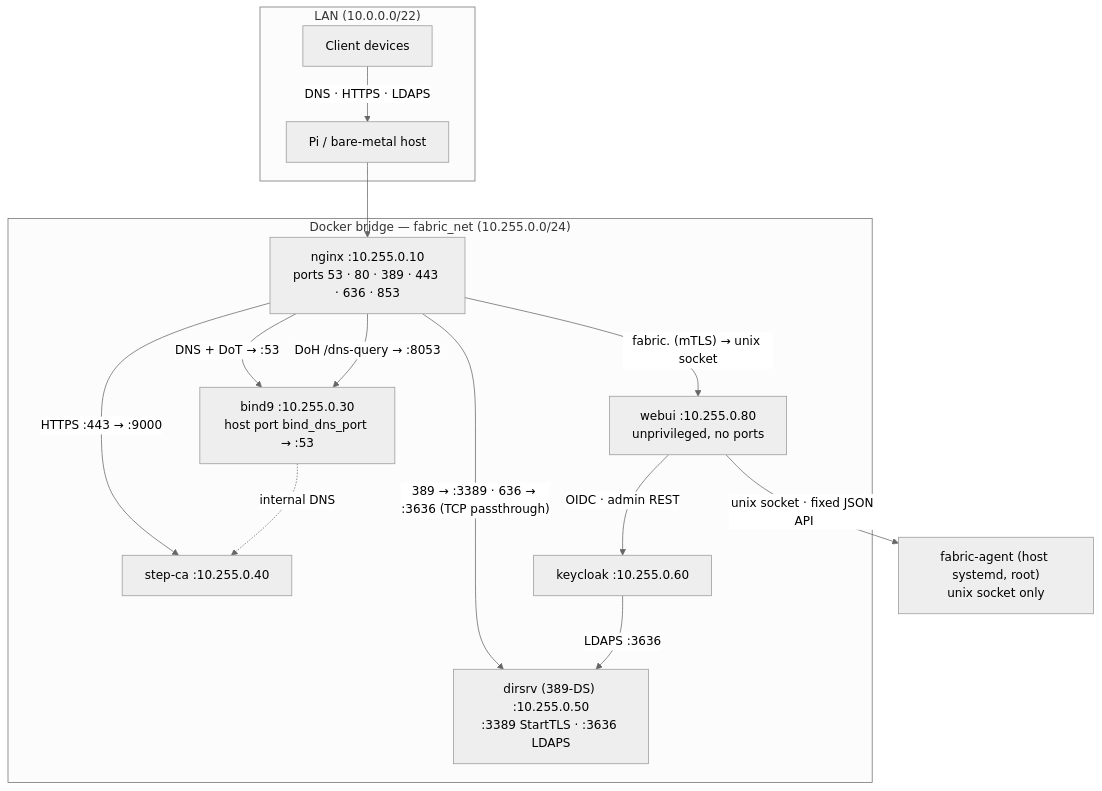
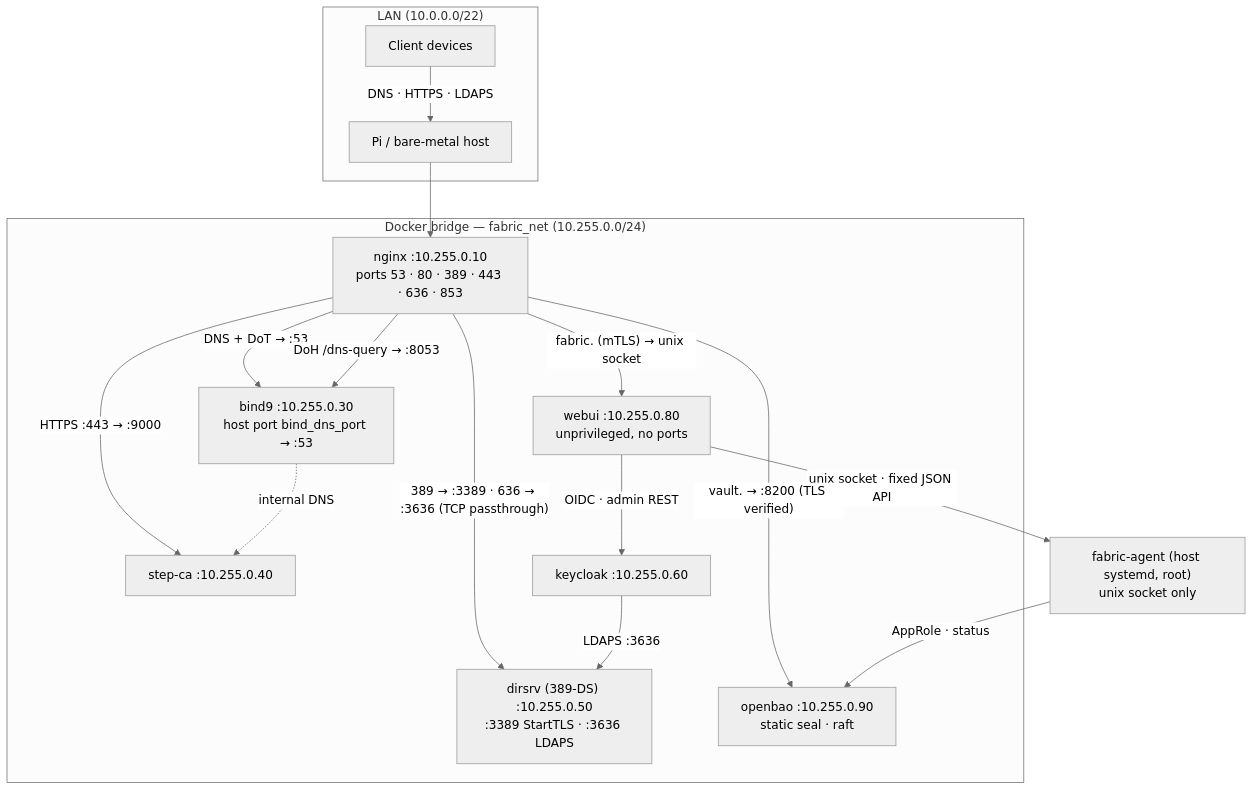
One commit to archdukejim/open-fabric changed the first of 3 diagrams in docs/architecture.md. Above: the diagram before and after it, drawn with Mermaid (neutral theme). The commit also changed other lines of this file and 47 other files, not shown here.

````diff
--- a/docs/architecture.md
+++ b/docs/architecture.md
@@ -122,30 +122,33 @@
 ```mermaid
 graph TB
     subgraph LAN["LAN (10.0.0.0/22)"]
         CLIENT[Client devices]
         HOST[Pi / bare-metal host]
     end
 
     subgraph FABRIC["Docker bridge — fabric_net (10.255.0.0/24)"]
         NGINX["nginx :10.255.0.10\nports 53 · 80 · 389 · 443 · 636 · 853"]
         BIND9["bind9 :10.255.0.30\nhost port bind_dns_port → :53"]
         STEPCA["step-ca :10.255.0.40"]
         LDAP["dirsrv (389-DS) :10.255.0.50\n:3389 StartTLS · :3636 LDAPS"]
         KC["keycloak :10.255.0.60"]
         WEB["webui :10.255.0.80\nunprivileged, no ports"]
+        BAO["openbao :10.255.0.90\nstatic seal · raft"]
     end
 
     AGENT["fabric-agent (host systemd, root)\nunix socket only"]
 
     CLIENT -->|"DNS · HTTPS · LDAPS"| HOST
     HOST --> NGINX
     NGINX -->|"DNS + DoT → :53"| BIND9
     NGINX -->|"DoH /dns-query → :8053"| BIND9
     NGINX -->|"389 → :3389 · 636 → :3636 (TCP passthrough)"| LDAP
     NGINX -->|"fabric.<domain> (mTLS) → unix socket"| WEB
     WEB -->|"OIDC · admin REST"| KC
     WEB -->|"unix socket · fixed JSON API"| AGENT
     KC -->|"LDAPS :3636"| LDAP
     NGINX -->|"HTTPS :443 → :9000"| STEPCA
+    NGINX -->|"vault.<domain> → :8200 (TLS verified)"| BAO
+    AGENT -->|"AppRole · status"| BAO
     BIND9 -.->|"internal DNS"| STEPCA
 ```
````
